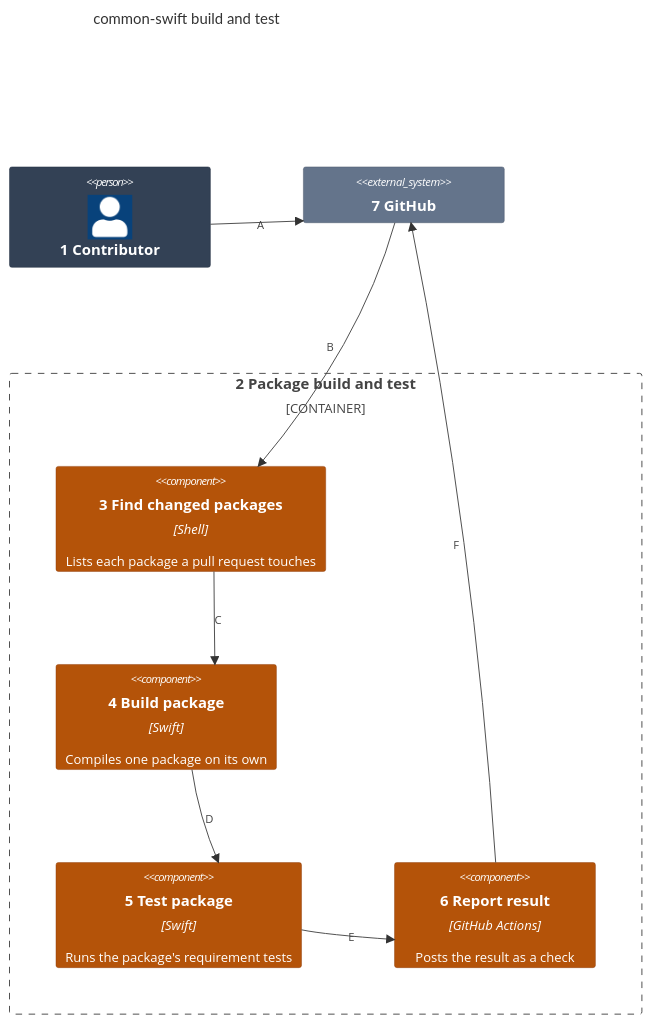
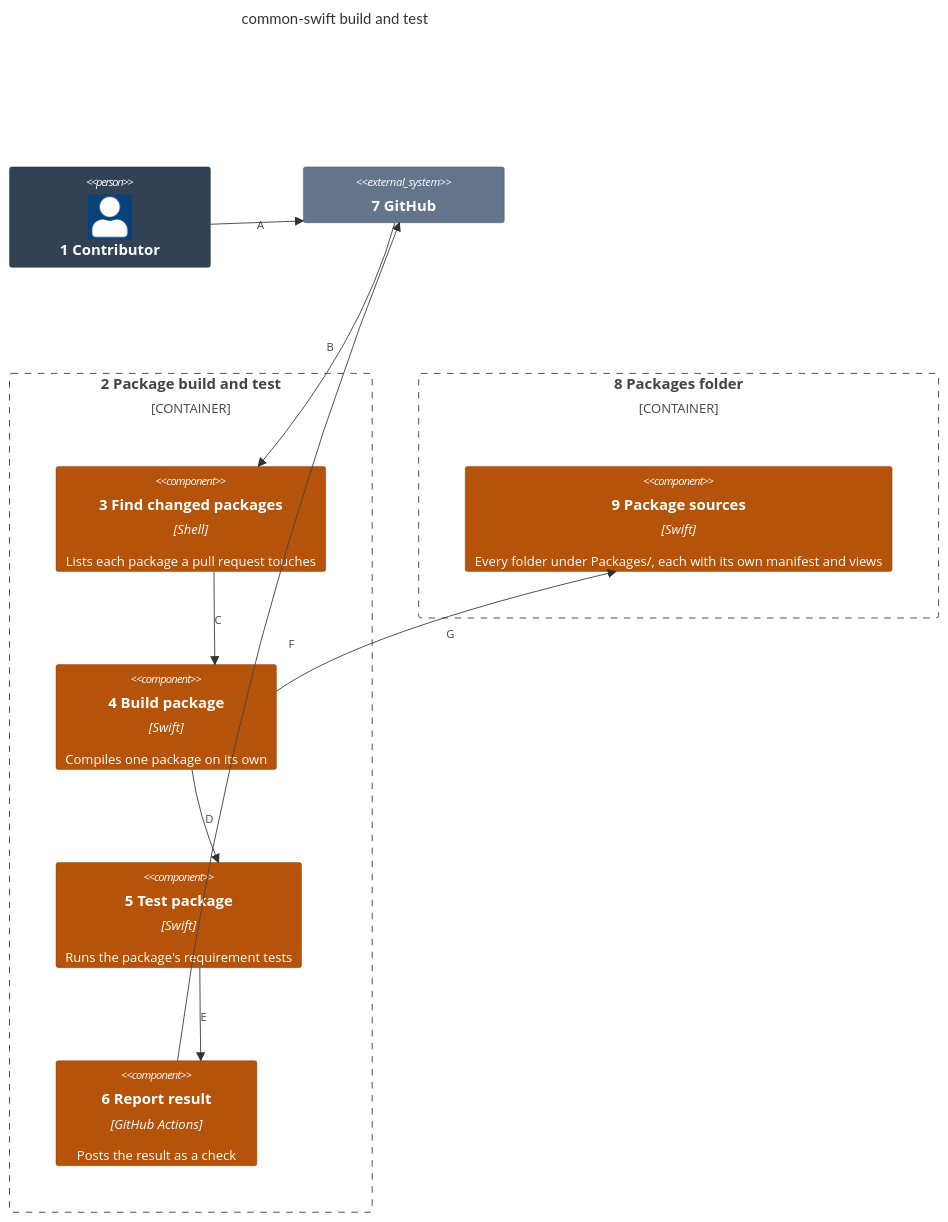
Before and after one commit to may-journal/common-swift: the first of 2 diagrams in docs/architecture/03-components.md, drawn with Mermaid. The commit also changed other lines of this file and 41 other files, not shown here.

````diff
--- a/docs/architecture/03-components.md
+++ b/docs/architecture/03-components.md
@@ -5,29 +5,34 @@
 ```mermaid
 C4Component
     title common-swift build and test
 
     Person(contributor, "1 Contributor")
 
     Container_Boundary(ci, "2 Package build and test") {
         Component(find, "3 Find changed packages", "Shell", "Lists each package a pull request touches")
         Component(build, "4 Build package", "Swift", "Compiles one package on its own")
         Component(test, "5 Test package", "Swift", "Runs the package's requirement tests")
         Component(report, "6 Report result", "GitHub Actions", "Posts the result as a check")
     }
 
     System_Ext(github, "7 GitHub")
+    Container_Boundary(packages, "8 Packages folder") {
+        Component(sources, "9 Package sources", "Swift", "Every folder under Packages/, each with its own manifest and views")
+    }
 
     Rel(contributor, github, "A")
     Rel(github, find, "B")
     Rel(find, build, "C")
     Rel(build, test, "D")
     Rel(test, report, "E")
     Rel(report, github, "F")
+    Rel(build, sources, "G")
 
     UpdateElementStyle(contributor, $bgColor="#334155", $borderColor="#1e293b", $fontColor="#ffffff")
     UpdateElementStyle(find, $bgColor="#b45309", $borderColor="#92400e", $fontColor="#ffffff")
     UpdateElementStyle(build, $bgColor="#b45309", $borderColor="#92400e", $fontColor="#ffffff")
     UpdateElementStyle(test, $bgColor="#b45309", $borderColor="#92400e", $fontColor="#ffffff")
     UpdateElementStyle(report, $bgColor="#b45309", $borderColor="#92400e", $fontColor="#ffffff")
     UpdateElementStyle(github, $bgColor="#64748b", $borderColor="#475569", $fontColor="#ffffff")
+    UpdateElementStyle(sources, $bgColor="#b45309", $borderColor="#92400e", $fontColor="#ffffff")
 ```
````
